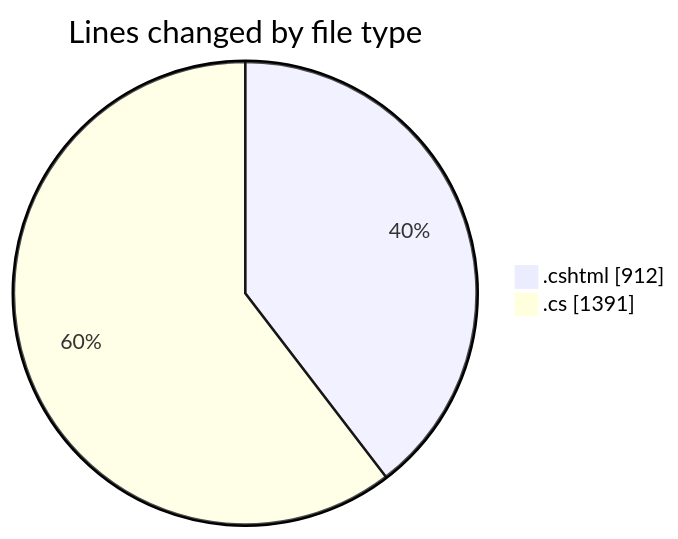
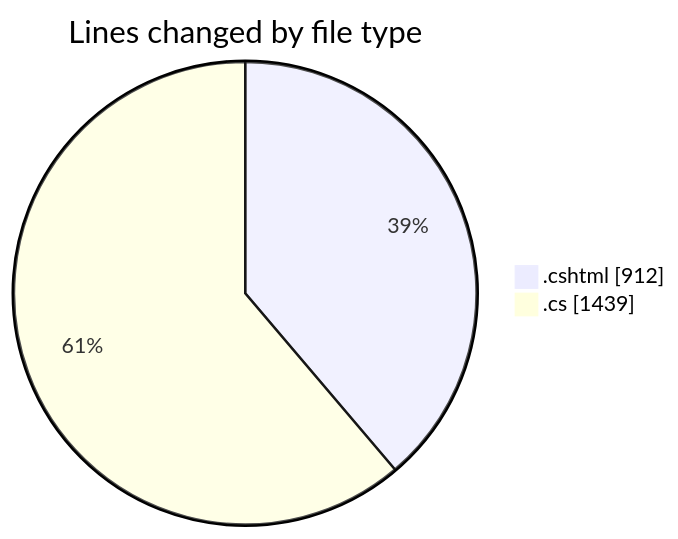
One commit to lephambinh05/code-tracking changed the first of 2 diagrams in 2025-07-17/nhahang/README.md. Above: the diagram before and after it, drawn with Mermaid. The commit also changed other lines of this file and 1 other file, not shown here.

````diff
--- a/2025-07-17/nhahang/README.md
+++ b/2025-07-17/nhahang/README.md
@@ -49,6 +49,6 @@
 ```mermaid
 pie showData
 title Lines changed by file type
 ".cshtml" : 912
-".cs" : 1391
+".cs" : 1439
 ```
````
